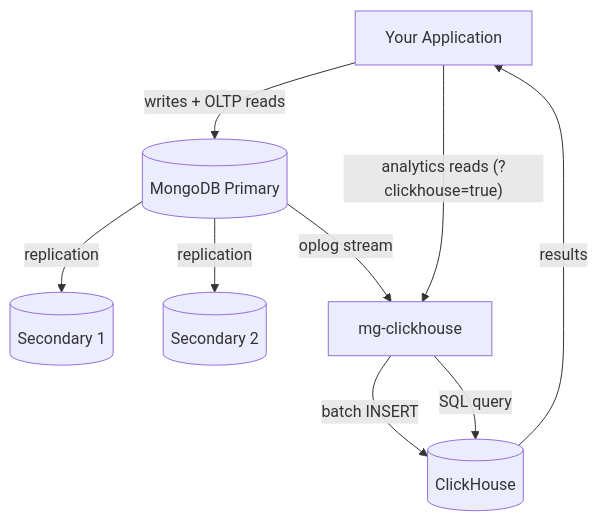
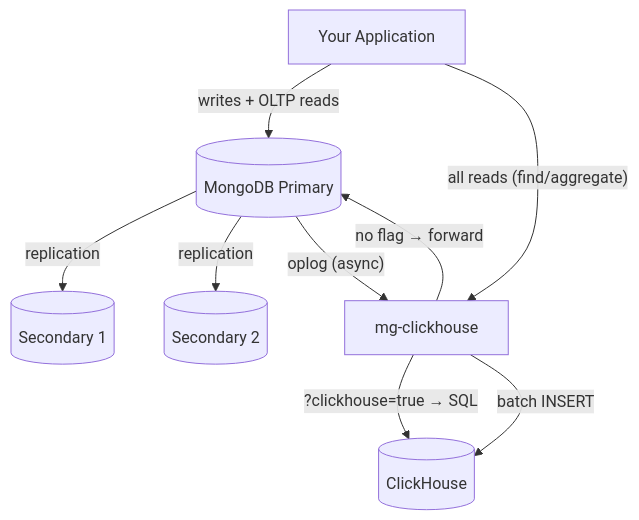
One commit to mrityunjaysharma/mongo-flux changed the first of 7 diagrams in docs/article.md. Above: the diagram before and after it, drawn with Mermaid. The commit also changed other lines of this file and 4 other files, not shown here.

````diff
--- a/docs/article.md
+++ b/docs/article.md
@@ -33,11 +33,11 @@
 ```mermaid
 flowchart TD
     APP[Your Application] -->|writes + OLTP reads| MGP[(MongoDB Primary)]
     MGP -->|replication| MGS1[(Secondary 1)]
     MGP -->|replication| MGS2[(Secondary 2)]
-    MGP -->|oplog stream| MGC[mg-clickhouse]
-    MGC -->|batch INSERT| CH[(ClickHouse)]
-    APP -->|"analytics reads (?clickhouse=true)"| MGC
-    MGC -->|SQL query| CH
-    CH -->|results| APP
+    APP -->|"all reads (find/aggregate)"| MGC[mg-clickhouse]
+    MGC -->|"?clickhouse=true → SQL"| CH[(ClickHouse)]
+    MGC -->|"no flag → forward"| MGP
+    MGP -->|"oplog (async)"| MGC
+    MGC -->|batch INSERT| CH
 ```
````
